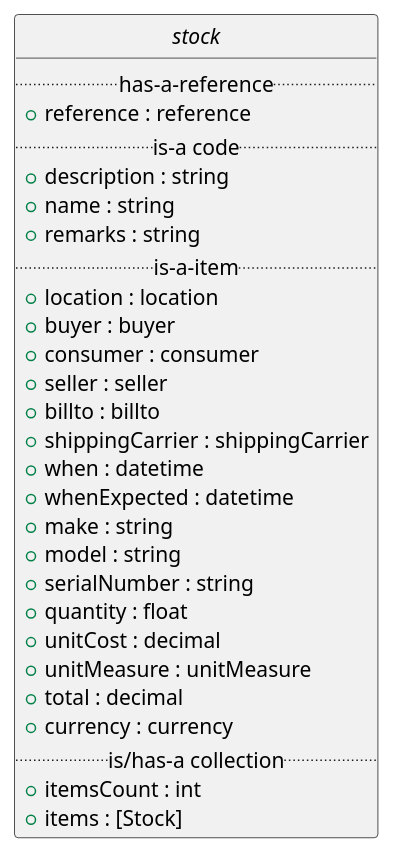
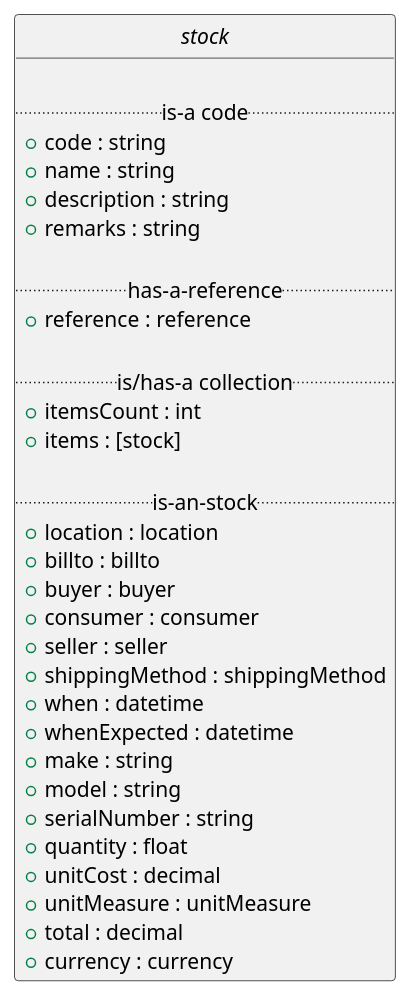
One commit to EciStg/order-placement changed the second of 2 diagrams in stock/stock.org. Above: the diagram before and after it, drawn with PlantUML. The commit also changed other lines of this file and 21 other files, not shown here.

Commit message:
shipping-method : added documentation and examples for shipping method

```diff
--- a/stock/stock.org
+++ b/stock/stock.org
@@ -52,34 +52,39 @@
 #+BEGIN_SRC plantuml :file ../images/stock-class-diagram.puml.png :exports results
   @startuml
   hide circle
 
   interface stock {
+
+  .. is-a code ..
+  {field} + code : string
+  {field} + name : string
+  {field} + description : string
+  {field} + remarks : string
+
   .. has-a-reference ..
   {field} + reference : reference
-  .. is-a code ..
-  {field} + description : string
-  {field} + name : string
-  {field} + remarks : string
-  .. is-a-item ..
+
+  .. is/has-a collection ..
+  {field} + itemsCount : int
+  {field} + items : [stock]
+
+  .. is-an-stock ..
   {field} + location : location
+  {field} + billto : billto
   {field} + buyer : buyer
   {field} + consumer : consumer
   {field} + seller : seller
-  {field} + billto : billto
-  {field} + shippingCarrier : shippingCarrier
+  {field} + shippingMethod : shippingMethod
   {field} + when : datetime
   {field} + whenExpected : datetime
   {field} + make : string
   {field} + model : string
   {field} + serialNumber : string
   {field} + quantity : float
   {field} + unitCost : decimal
   {field} + unitMeasure : unitMeasure
   {field} + total : decimal
   {field} + currency : currency
-  .. is/has-a collection ..
-  {field} + itemsCount : int
-  {field} + items : [Stock]
   }
   @enduml
 #+END_SRC
```
